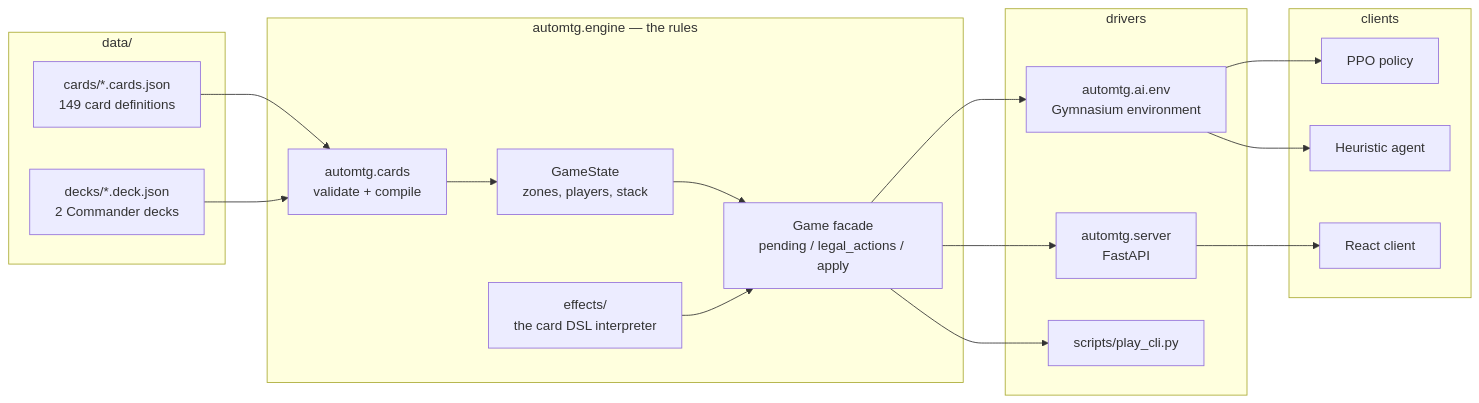
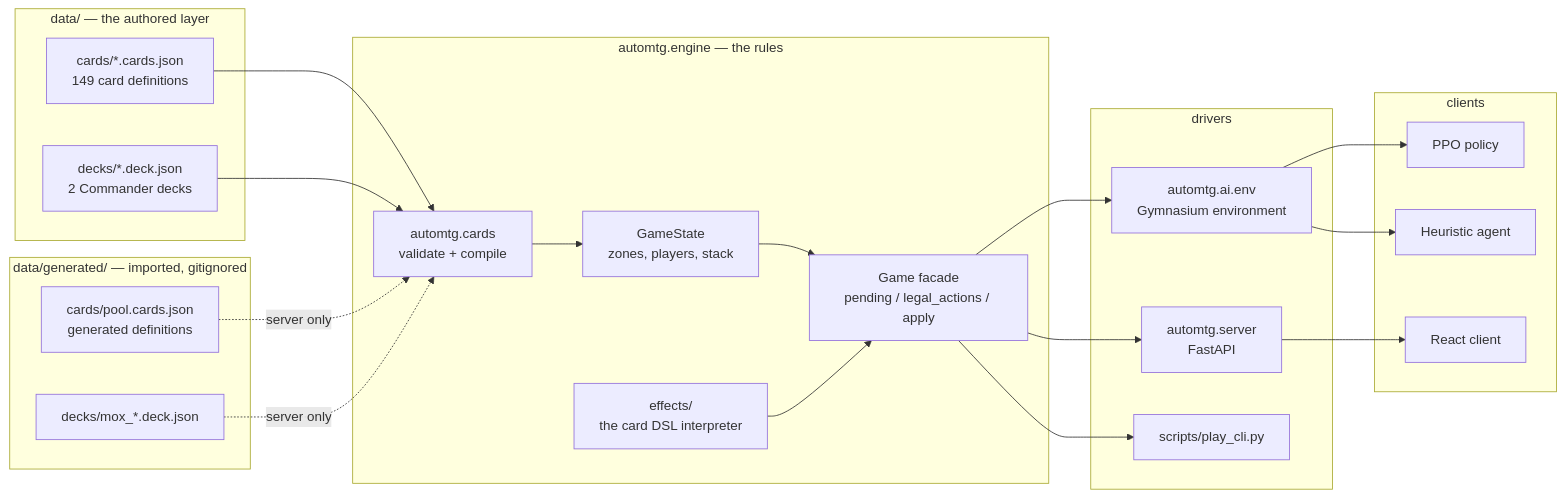
One commit to TylerGauntlett/commander-blitz changed the first of 3 diagrams in docs/architecture.md. Above: the diagram before and after it, drawn with Mermaid. The commit also changed other lines of this file and 169 other files, not shown here.

````diff
--- a/docs/architecture.md
+++ b/docs/architecture.md
@@ -8,38 +8,45 @@
 ```mermaid
 flowchart LR
-    subgraph data["data/"]
+    subgraph data["data/ — the authored layer"]
         cards["cards/*.cards.json<br/>149 card definitions"]
         decks["decks/*.deck.json<br/>2 Commander decks"]
+    end
+
+    subgraph generated["data/generated/ — imported, gitignored"]
+        pool["cards/pool.cards.json<br/>generated definitions"]
+        mox["decks/mox_*.deck.json"]
     end
 
     subgraph core["automtg.engine — the rules"]
         loader["automtg.cards<br/>validate + compile"]
         state["GameState<br/>zones, players, stack"]
         game["Game facade<br/>pending / legal_actions / apply"]
         effects["effects/<br/>the card DSL interpreter"]
     end
 
     subgraph drivers["drivers"]
         env["automtg.ai.env<br/>Gymnasium environment"]
         server["automtg.server<br/>FastAPI"]
         cli["scripts/play_cli.py"]
     end
 
     subgraph clients["clients"]
         policy["PPO policy"]
         heuristic["Heuristic agent"]
         react["React client"]
     end
 
     cards --> loader
     decks --> loader
+    pool -.->|"server only"| loader
+    mox -.->|"server only"| loader
     loader --> state
     state --> game
     effects --> game
     game --> env
     game --> server
     game --> cli
     env --> policy
     env --> heuristic
     server --> react
 ```
````
